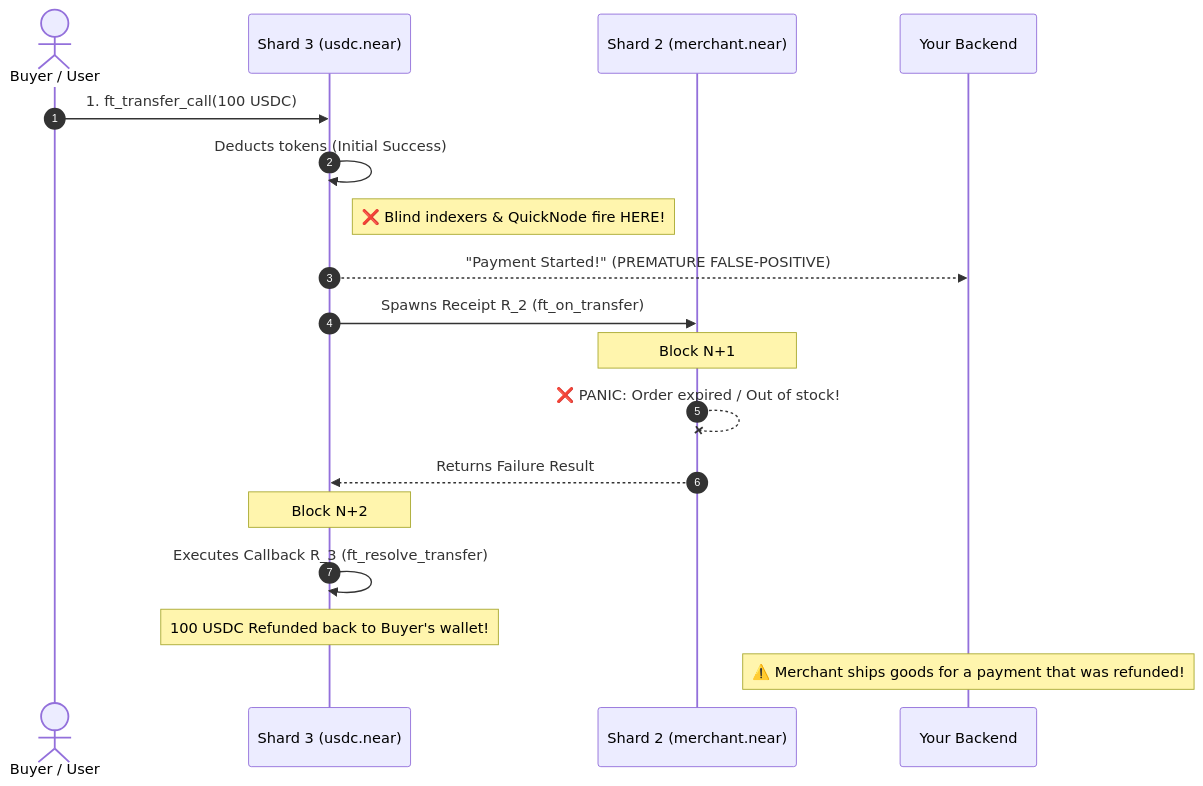
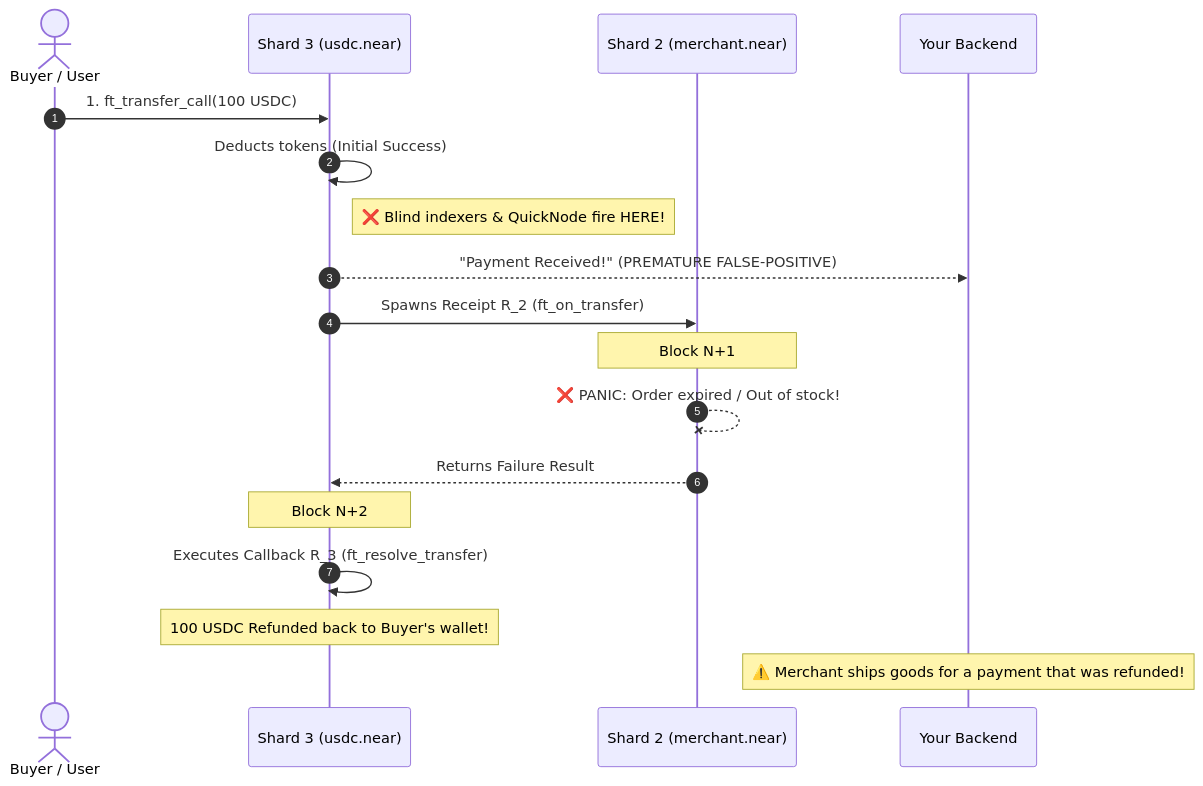
One commit to Team-Managed/NEARHook changed the first of 5 diagrams in README.md. Above: the diagram before and after it, drawn with Mermaid. The commit also changed other lines of this file and 2 other files, not shown here.

````diff
--- a/README.md
+++ b/README.md
@@ -43,23 +61,23 @@
 ```mermaid
 sequenceDiagram
     autonumber
     actor Buyer as Buyer / User
     participant Shard3 as Shard 3 (usdc.near)
     participant Shard2 as Shard 2 (merchant.near)
     participant Backend as Your Backend
 
     Buyer->>Shard3: 1. ft_transfer_call(100 USDC)
     Shard3->>Shard3: Deducts tokens (Initial Success)
     Note right of Shard3: ❌ Blind indexers & QuickNode fire HERE!
-    Shard3-->>Backend: "Payment Started!" (PREMATURE FALSE-POSITIVE)
+    Shard3-->>Backend: "Payment Received!" (PREMATURE FALSE-POSITIVE)
     Shard3->>Shard2: Spawns Receipt R_2 (ft_on_transfer)
 
     Note over Shard2: Block N+1
     Shard2--xShard2: ❌ PANIC: Order expired / Out of stock!
     Shard2-->>Shard3: Returns Failure Result
 
     Note over Shard3: Block N+2
     Shard3->>Shard3: Executes Callback R_3 (ft_resolve_transfer)
     Note over Shard3: 100 USDC Refunded back to Buyer's wallet!
     Note over Backend: ⚠️ Merchant ships goods for a payment that was refunded!
 ```
````
